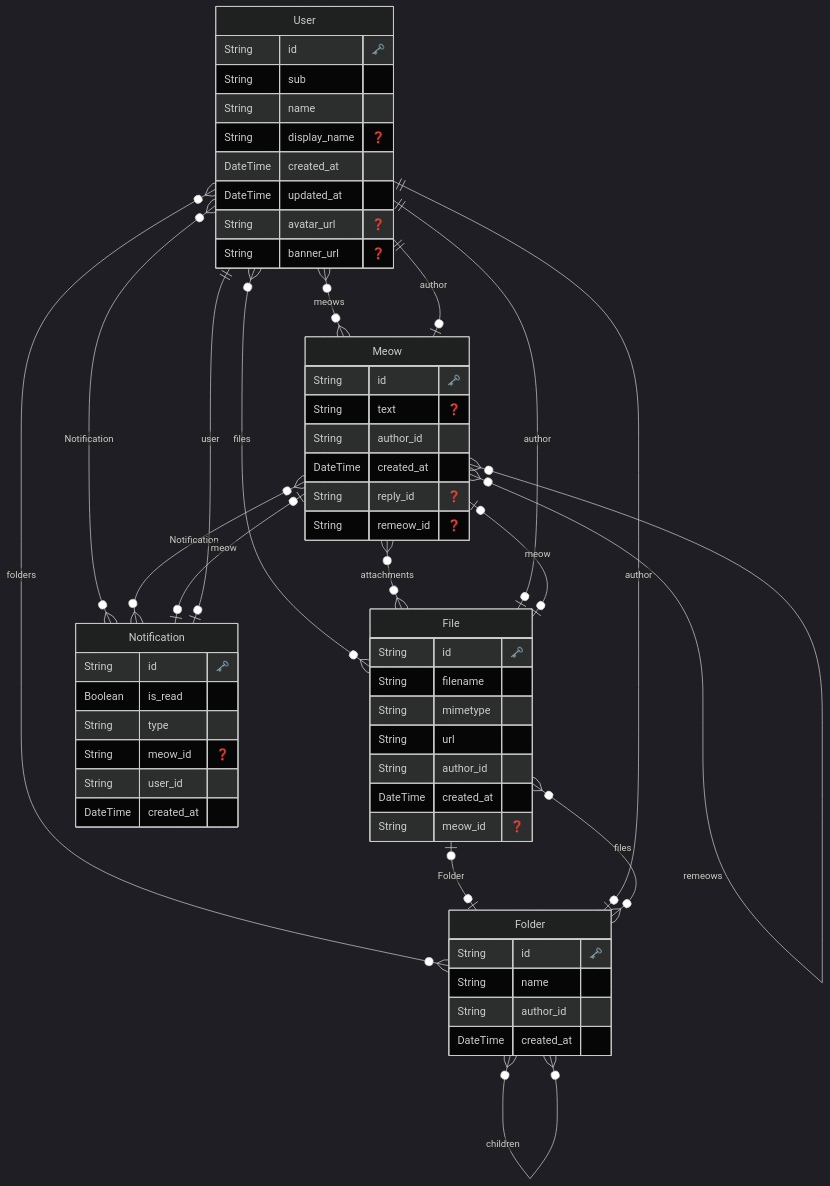
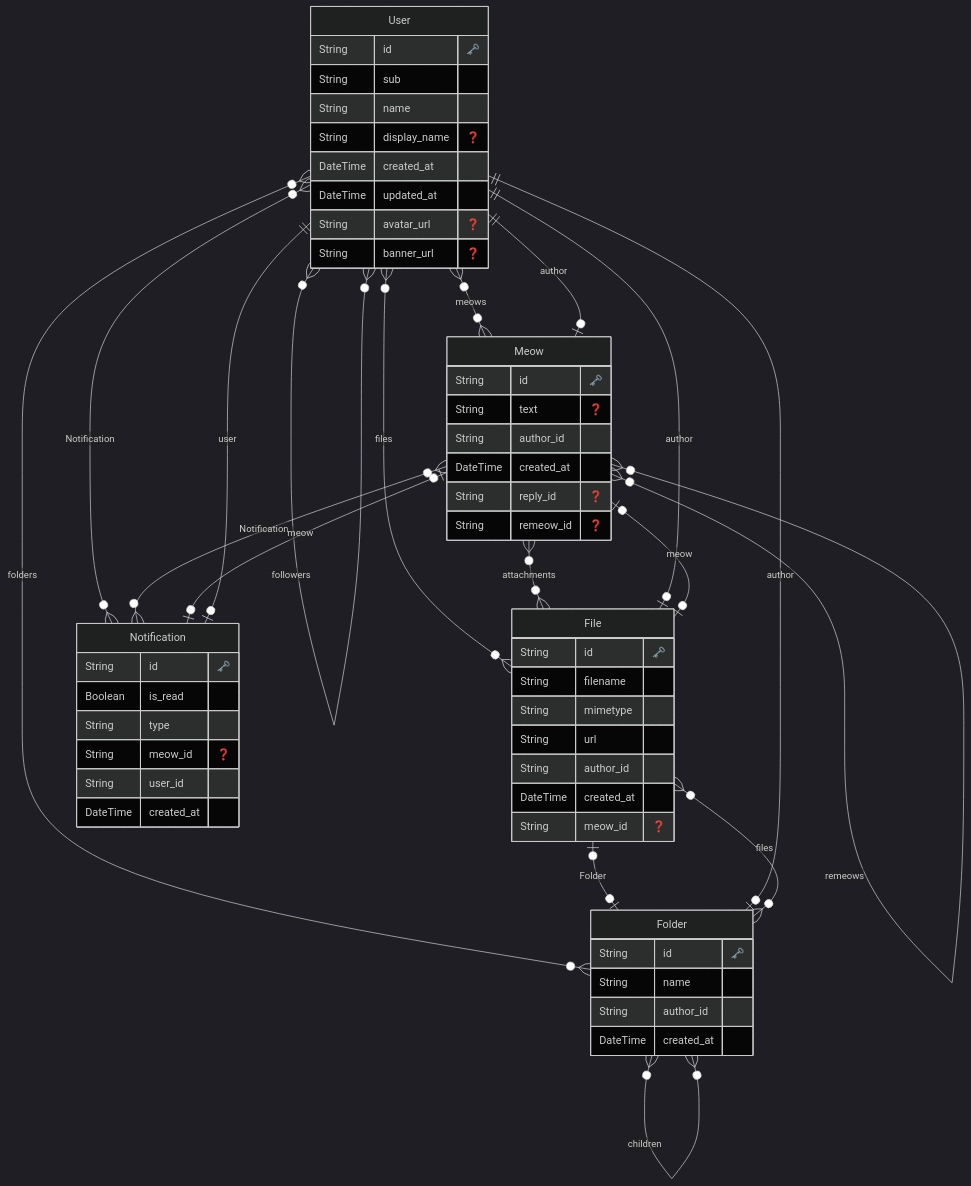
One commit to yupix/Catmos changed the diagram in prisma/scheme.md. Above: the diagram before and after it, drawn with Mermaid (dark theme). The commit also changed 1 other file, not shown here.

Commit message:
feat: DB上でフォロー系を表現できるように

````diff
--- a/prisma/scheme.md
+++ b/prisma/scheme.md
@@ -1,74 +1,76 @@
 ```mermaid
 erDiagram
 
   "User" {
     String id "🗝️"
     String sub 
     String name 
     String display_name "❓"
     DateTime created_at 
     DateTime updated_at 
     String avatar_url "❓"
     String banner_url "❓"
     }
   
 
   "Folder" {
     String id "🗝️"
     String name 
     String author_id 
     DateTime created_at 
     }
   
 
   "File" {
     String id "🗝️"
     String filename 
     String mimetype 
     String url 
     String author_id 
     DateTime created_at 
     String meow_id "❓"
     }
   
 
   "Meow" {
     String id "🗝️"
     String text "❓"
     String author_id 
     DateTime created_at 
     String reply_id "❓"
     String remeow_id "❓"
     }
   
 
   "Notification" {
     String id "🗝️"
     Boolean is_read 
     String type 
     String meow_id "❓"
     String user_id 
     DateTime created_at 
     }
   
     "User" o{--}o "Meow" : "meows"
     "User" o{--}o "File" : "files"
     "User" o{--}o "Folder" : "folders"
     "User" o{--}o "Notification" : "Notification"
+    "User" o{--}o "User" : "following"
+    "User" o{--}o "User" : "followers"
     "Folder" o|--|| "User" : "author"
     "Folder" o{--}o "File" : "files"
     "Folder" o|--|o "Folder" : "parent"
     "Folder" o{--}o "Folder" : "children"
     "File" o|--|| "User" : "author"
     "File" o|--|o "Meow" : "meow"
     "File" o|--|o "Folder" : "Folder"
     "Meow" o|--|| "User" : "author"
     "Meow" o{--}o "File" : "attachments"
     "Meow" o|--|o "Meow" : "reply"
     "Meow" o|--|o "Meow" : "remeow"
     "Meow" o{--}o "Meow" : "replies"
     "Meow" o{--}o "Meow" : "remeows"
     "Meow" o{--}o "Notification" : "Notification"
     "Notification" o|--|o "Meow" : "meow"
     "Notification" o|--|| "User" : "user"
 ```
````
